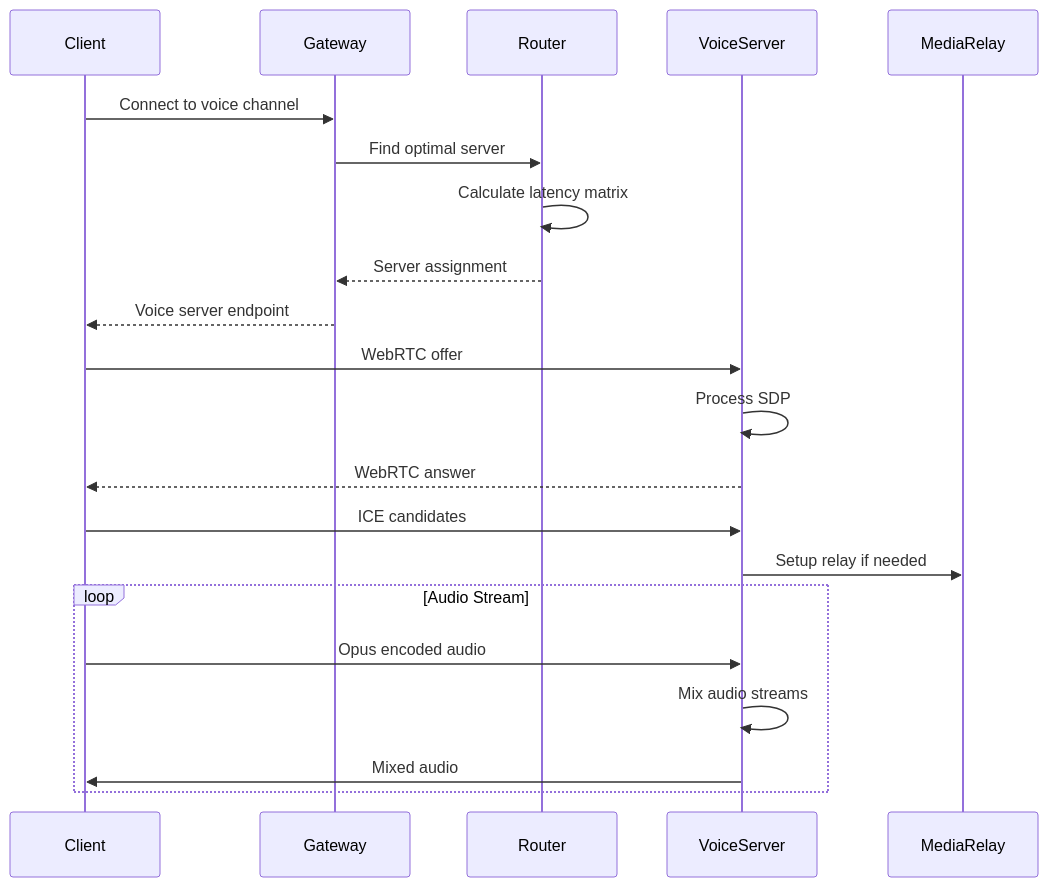
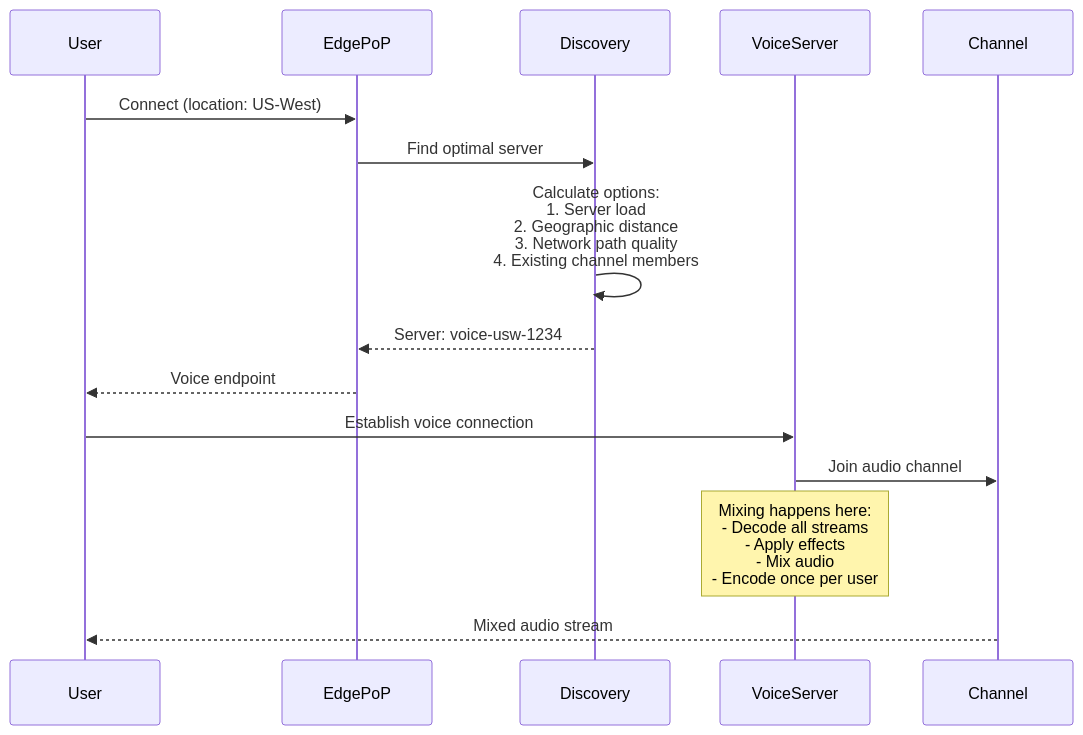
One commit to deepaucksharma/DStudio changed the fourth of 10 diagrams in docs/case-studies/elite-engineering/discord-voice-infrastructure.md. Above: the diagram before and after it, drawn with Mermaid. The commit also changed other lines of this file and 23 other files, not shown here.

````diff
--- a/docs/case-studies/elite-engineering/discord-voice-infrastructure.md
+++ b/docs/case-studies/elite-engineering/discord-voice-infrastructure.md
@@ -128,28 +237,23 @@
 ```mermaid
 sequenceDiagram
-    participant Client
-    participant Gateway
-    participant Router
+    participant User
+    participant EdgePoP
+    participant Discovery
     participant VoiceServer
-    participant MediaRelay
+    participant Channel
     
-    Client->>Gateway: Connect to voice channel
-    Gateway->>Router: Find optimal server
-    Router->>Router: Calculate latency matrix
-    Router-->>Gateway: Server assignment
+    User->>EdgePoP: Connect (location: US-West)
+    EdgePoP->>Discovery: Find optimal server
     
-    Gateway-->>Client: Voice server endpoint
+    Discovery->>Discovery: Calculate options:<br/>1. Server load<br/>2. Geographic distance<br/>3. Network path quality<br/>4. Existing channel members
     
-    Client->>VoiceServer: WebRTC offer
-    VoiceServer->>VoiceServer: Process SDP
-    VoiceServer-->>Client: WebRTC answer
+    Discovery-->>EdgePoP: Server: voice-usw-1234
+    EdgePoP-->>User: Voice endpoint
     
-    Client->>VoiceServer: ICE candidates
-    VoiceServer->>MediaRelay: Setup relay if needed
+    User->>VoiceServer: Establish voice connection
+    VoiceServer->>Channel: Join audio channel
     
-    loop Audio Stream
-        Client->>VoiceServer: Opus encoded audio
-        VoiceServer->>VoiceServer: Mix audio streams
-        VoiceServer->>Client: Mixed audio
-    end
+    Note over VoiceServer: Mixing happens here:<br/>- Decode all streams<br/>- Apply effects<br/>- Mix audio<br/>- Encode once per user
+    
+    Channel-->>User: Mixed audio stream
 ```
````
